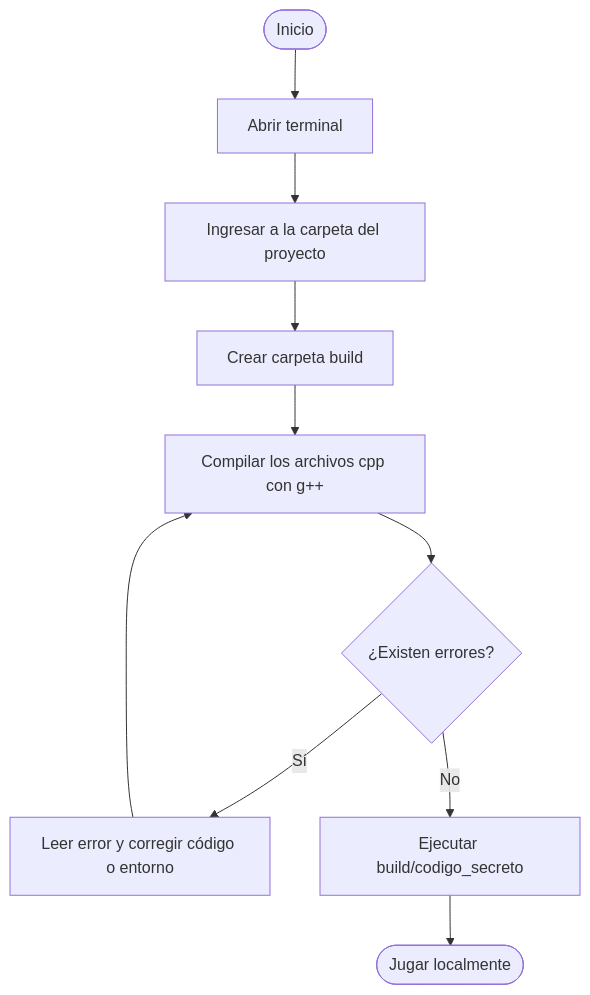
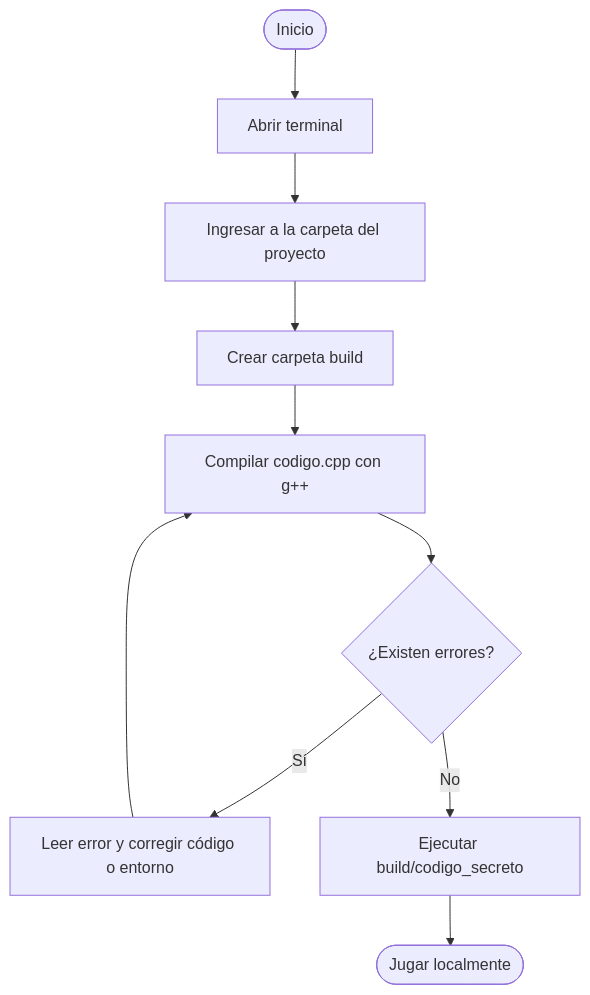
One commit to cesarszv/sis111-finalproject changed the diagram in docs/deploy_local.md. Above: the diagram before and after it, drawn with Mermaid. The commit also changed other lines of this file and 12 other files, not shown here.

Commit message:
Refactor game code into a single file 'codigo.cpp'; remove modular files and update documentation accordingly.

````diff
--- a/docs/deploy_local.md
+++ b/docs/deploy_local.md
@@ -153,12 +149,12 @@
 ```mermaid
 flowchart TD
     A([Inicio]) --> B[Abrir terminal]
     B --> C[Ingresar a la carpeta del proyecto]
     C --> D[Crear carpeta build]
-    D --> E[Compilar los archivos cpp con g++]
+    D --> E[Compilar codigo.cpp con g++]
     E --> F{¿Existen errores?}
     F -- Sí --> G[Leer error y corregir código o entorno]
     G --> E
     F -- No --> H[Ejecutar build/codigo_secreto]
     H --> I([Jugar localmente])
 ```
````
